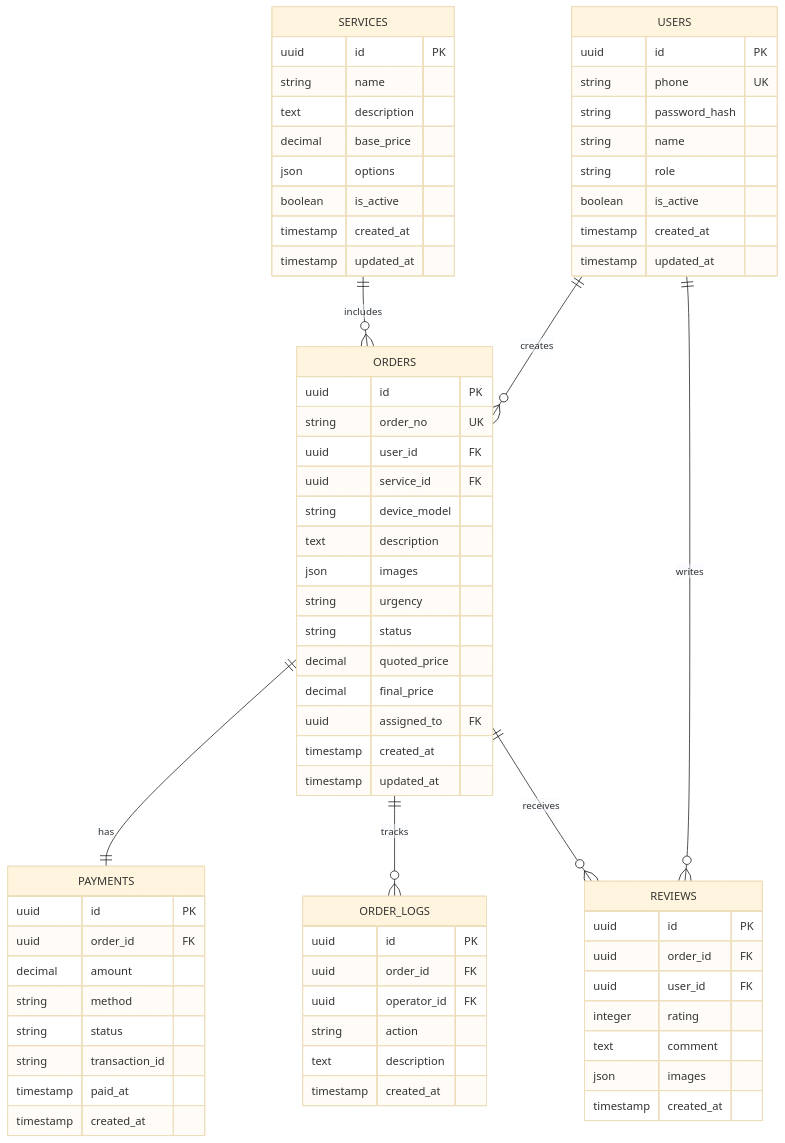
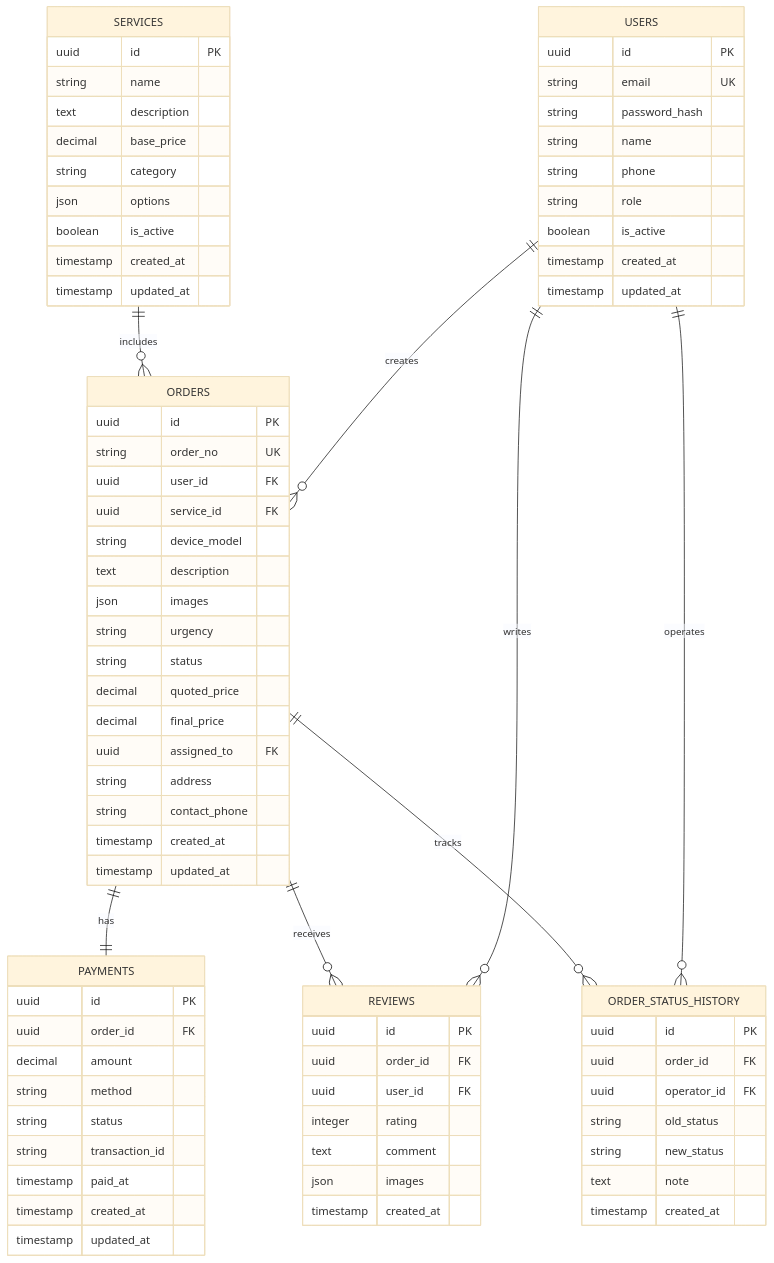
Before and after one commit to JackWPP/XGX_Flash_Fix: the third of 3 diagrams in docs/技术架构文档.md, drawn with Mermaid (base theme). The commit also changed other lines of this file and 2 other files, not shown here.

````diff
--- a/docs/技术架构文档.md
+++ b/docs/技术架构文档.md
@@ -162,16 +344,18 @@
 erDiagram
     USERS ||--o{ ORDERS : creates
     USERS ||--o{ REVIEWS : writes
+    USERS ||--o{ ORDER_STATUS_HISTORY : operates
     ORDERS ||--|| PAYMENTS : has
-    ORDERS ||--o{ ORDER_LOGS : tracks
+    ORDERS ||--o{ ORDER_STATUS_HISTORY : tracks
     ORDERS ||--o{ REVIEWS : receives
     SERVICES ||--o{ ORDERS : includes
     
     USERS {
         uuid id PK
-        string phone UK
+        string email UK
         string password_hash
         string name
+        string phone
         string role
         boolean is_active
         timestamp created_at
@@ -191,6 +375,8 @@
         decimal quoted_price
         decimal final_price
         uuid assigned_to FK
+        string address
+        string contact_phone
         timestamp created_at
         timestamp updated_at
     }
@@ -200,6 +386,7 @@
         string name
         text description
         decimal base_price
+        string category
         json options
         boolean is_active
         timestamp created_at
@@ -215,6 +402,7 @@
         string transaction_id
         timestamp paid_at
         timestamp created_at
+        timestamp updated_at
     }
     
     REVIEWS {
@@ -227,12 +415,13 @@
         timestamp created_at
     }
     
-    ORDER_LOGS {
+    ORDER_STATUS_HISTORY {
         uuid id PK
         uuid order_id FK
         uuid operator_id FK
-        string action
-        text description
+        string old_status
+        string new_status
+        text note
         timestamp created_at
     }
 ```
````
